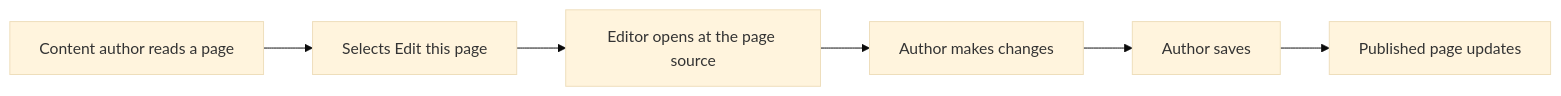
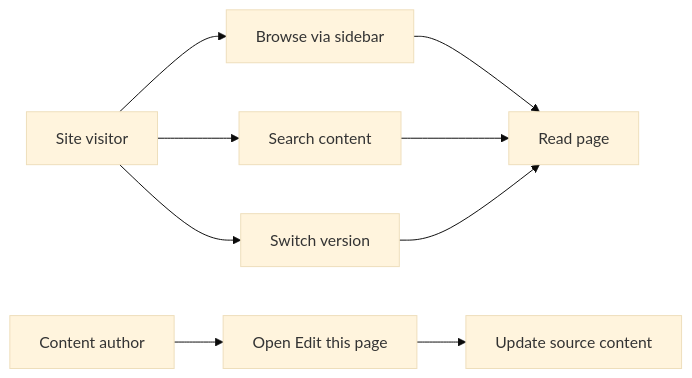
One commit to Mohita111/API2 changed the diagram in api2-documentation/plan_2026-11-02_f8890e/user-facing-docs/documentation.md. Above: the diagram before and after it, drawn with Mermaid (base theme). The commit also changed other lines of this file and 13 other files, not shown here.

````diff
--- a/api2-documentation/plan_2026-11-02_f8890e/user-facing-docs/documentation.md
+++ b/api2-documentation/plan_2026-11-02_f8890e/user-facing-docs/documentation.md
@@ -43,8 +38,11 @@
 ```mermaid
 graph LR
-    A[Content author reads a page] --> B[Selects Edit this page]
-    B --> C[Editor opens at the page source]
-    C --> D[Author makes changes]
-    D --> E[Author saves]
-    E --> F[Published page updates]
+    Visitor[Site visitor] --> Sidebar[Browse via sidebar]
+    Visitor --> Search[Search content]
+    Visitor --> Versions[Switch version]
+    Sidebar --> Page[Read page]
+    Search --> Page
+    Versions --> Page
+    Author[Content author] --> Edit[Open Edit this page]
+    Edit --> Update[Update source content]
 ```
````
